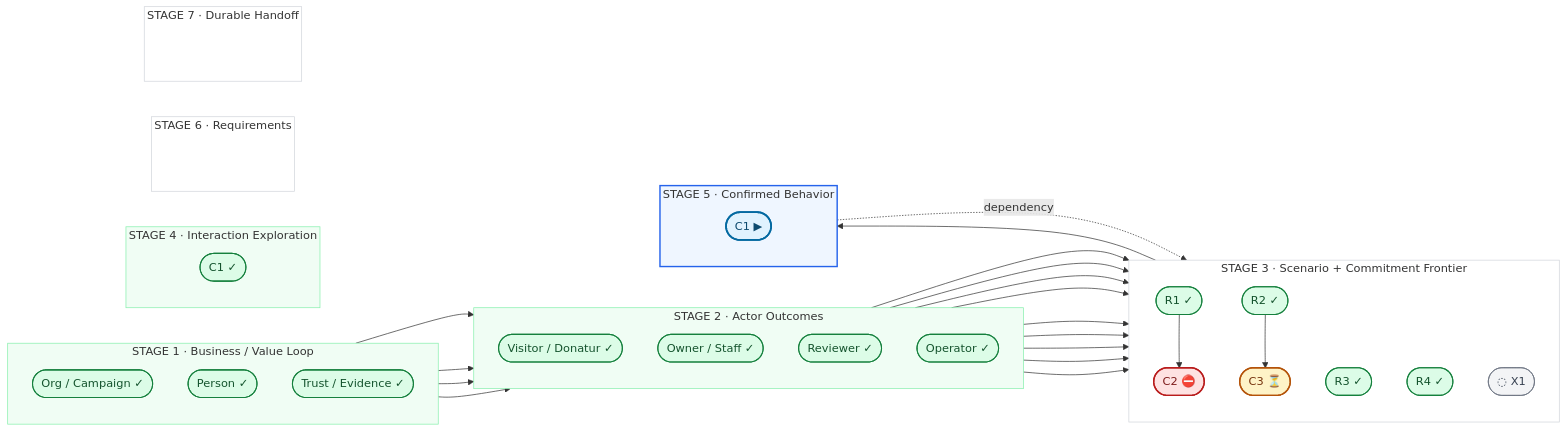
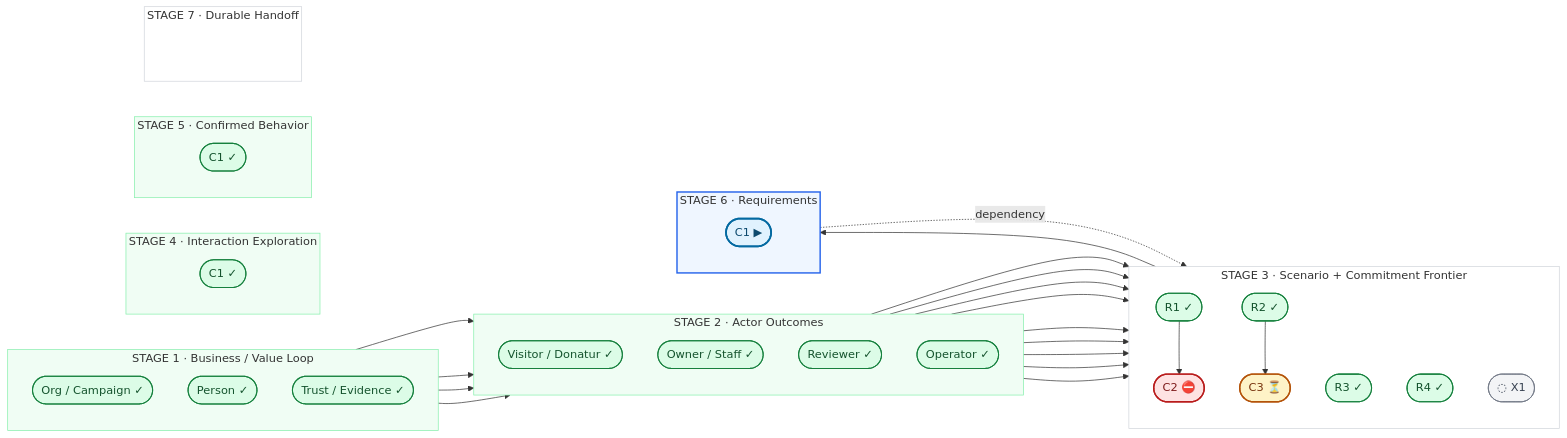
The diagram in docs/product/pilot-3-control-tower.md (anhsbolic/kencleng), drawn with Mermaid before and after one commit. The commit also changed other lines of this file, not shown here.

Commit message:
docs(product): move C1 into active Stage 6

````diff
--- a/docs/product/pilot-3-control-tower.md
+++ b/docs/product/pilot-3-control-tower.md
@@ -54,12 +54,12 @@
 
   subgraph S5["STAGE 5 · Confirmed Behavior"]
     direction TB
-    C1(["C1 ▶"])
+    C1S5(["C1 ✓"])
   end
 
   subgraph S6["STAGE 6 · Requirements"]
     direction TB
-    G6[" "]
+    C1(["C1 ▶"])
   end
 
   subgraph S7["STAGE 7 · Durable Handoff"]
@@ -98,17 +98,18 @@
 
   class V1,V2,V3,A1,A2,A3,A4,R1,R2,R3,R4 complete;
   class C1S4 complete;
+  class C1S5 complete;
   class C1 active;
   class C2 blocked;
   class C3 waiting;
   class X1 probe;
-  class G6,G7 ghost;
+  class G7 ghost;
 
   style S1 fill:#f0fdf4,stroke:#86efac,stroke-width:1px
   style S2 fill:#f0fdf4,stroke:#86efac,stroke-width:1px
   style S3 fill:#ffffff,stroke:#d1d5db,stroke-width:1px
   style S4 fill:#f0fdf4,stroke:#86efac,stroke-width:1px
-  style S5 fill:#eff6ff,stroke:#2563eb,stroke-width:2px
-  style S6 fill:#ffffff,stroke:#d1d5db,stroke-width:1px
+  style S5 fill:#f0fdf4,stroke:#86efac,stroke-width:1px
+  style S6 fill:#eff6ff,stroke:#2563eb,stroke-width:2px
   style S7 fill:#ffffff,stroke:#d1d5db,stroke-width:1px
 ```
````
